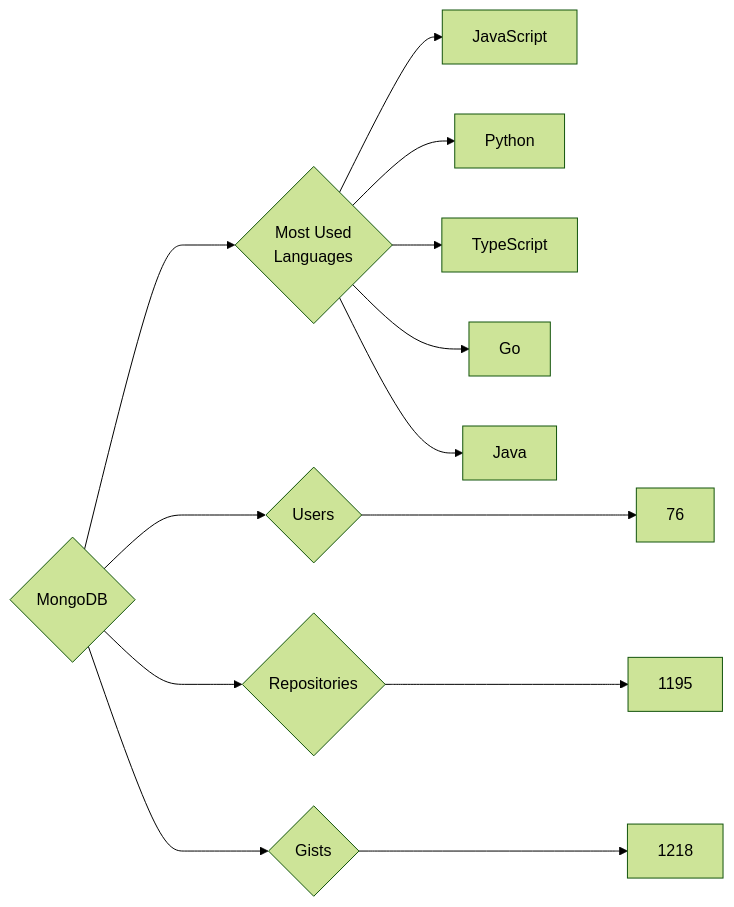
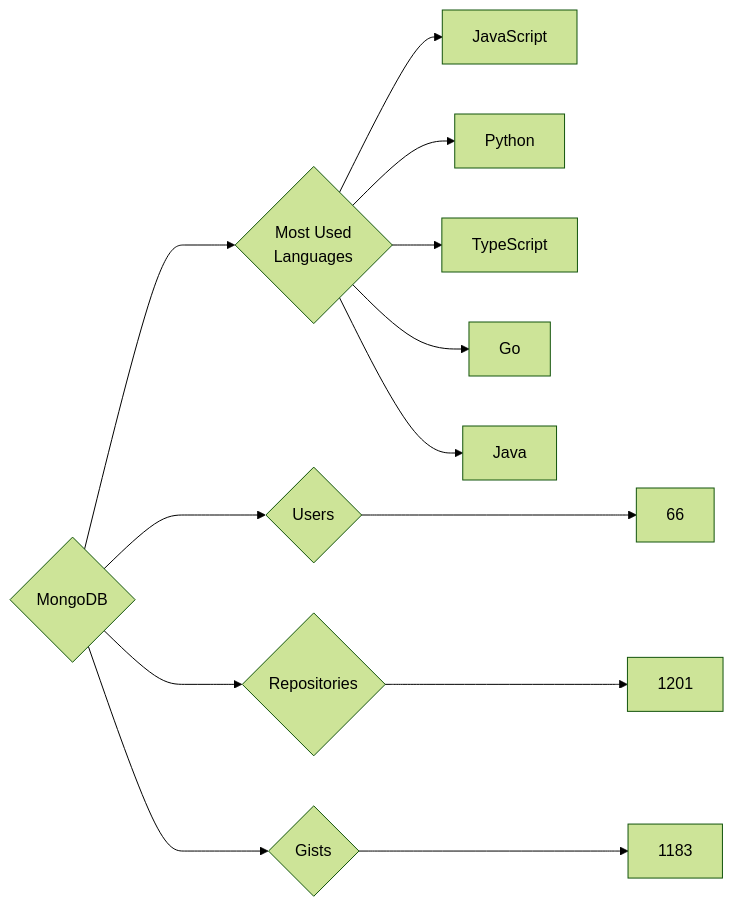
One commit to trickest/insiders changed the diagram in targets/MongoDB/README.md. Above: the diagram before and after it, drawn with Mermaid (forest theme). The commit also changed 928 other files, not shown here.

````diff
--- a/targets/MongoDB/README.md
+++ b/targets/MongoDB/README.md
@@ -3,13 +3,13 @@
 ```mermaid
 graph LR
 COMPANY_NAME{MongoDB}
-COMPANY_NAME ---> U{Users} ---> UN[76]
-COMPANY_NAME ---> R{Repositories} ---> RN[1195]
-COMPANY_NAME ---> G{Gists} ---> GN[1218]
+COMPANY_NAME ---> U{Users} ---> UN[66]
+COMPANY_NAME ---> R{Repositories} ---> RN[1201]
+COMPANY_NAME ---> G{Gists} ---> GN[1183]
 COMPANY_NAME ---> ML{Most Used<br>Languages}
 ML --> JavaScript[JavaScript]
 ML --> Python[Python]
 ML --> TypeScript[TypeScript]
 ML --> Go[Go]
 ML --> Java[Java]
 ```
````
